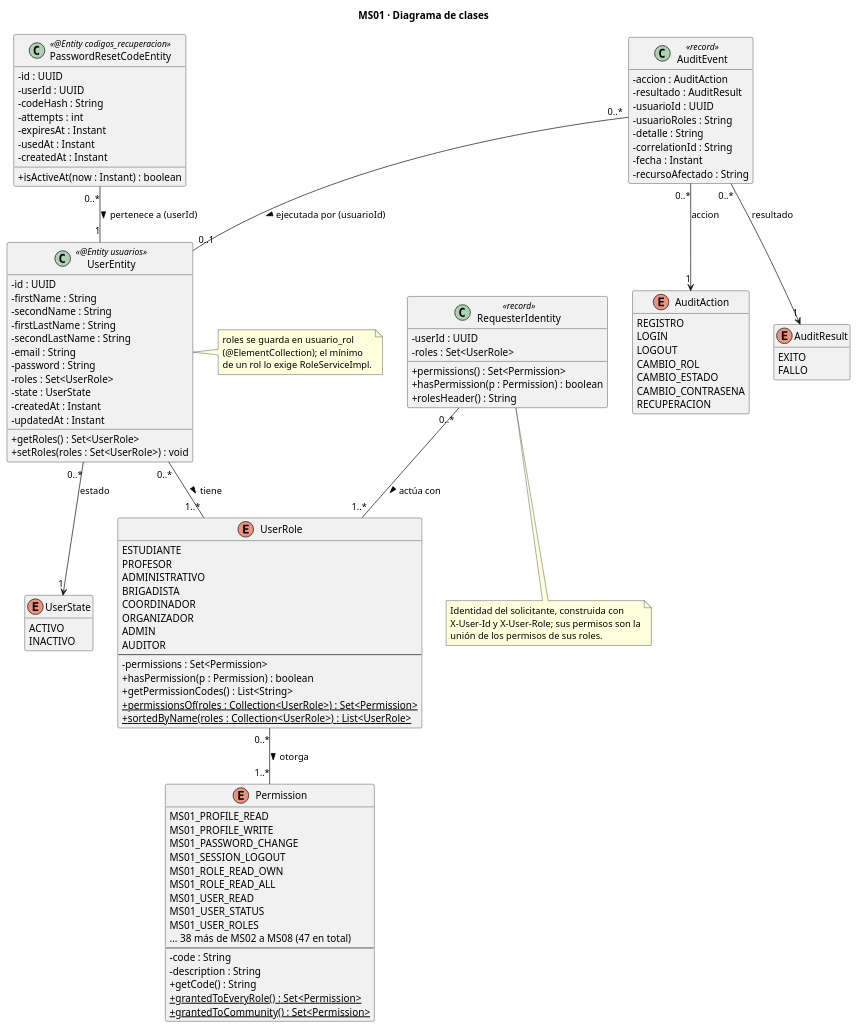
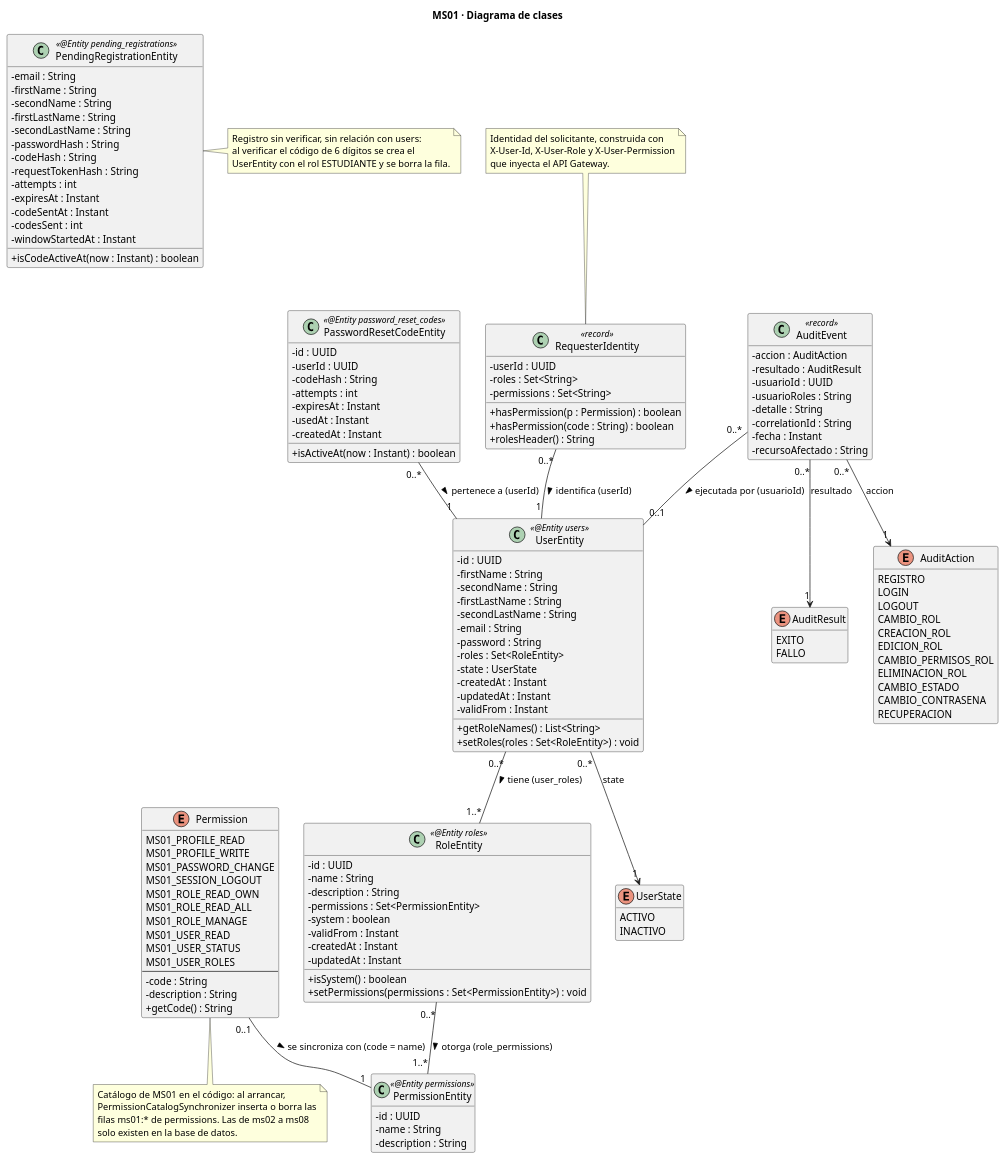
Before and after one commit to CampusSeguro-DOSW-2026-2/documentation: the diagram in ms01-identity-and-access/diagramas/ms01_clases.puml, drawn with PlantUML. The commit also changed 5 other files, not shown here.

Commit message:
docs(ms01): actualizar los diagramas al codigo actual (roles en BD, despliegue en AWS con RDS)

```diff
--- a/ms01-identity-and-access/diagramas/ms01_clases.puml
+++ b/ms01-identity-and-access/diagramas/ms01_clases.puml
@@ -1,130 +1,160 @@
 @startuml ms01_clases
-' UML · Clases: estructura estática del dominio de MS01 (identidad, roles, permisos, recuperación y auditoría).
-' Fuente: entity/*, security/RequesterIdentity, audit/AuditEvent, AuditAction, AuditResult. Sin DTOs, controladores ni utilidades.
+' UML · Clases: estructura estática del dominio de MS01 (usuarios, roles y permisos en BD, registro, recuperación y auditoría).
+' Fuente: ms01-identity-and-access (develop) entity/*, security/RequesterIdentity, audit/AuditEvent, AuditAction, AuditResult. Sin DTOs, controladores ni utilidades.
 skinparam classAttributeIconSize 0
 skinparam shadowing false
 hide empty members
 title MS01 · Diagrama de clases
 
-class UserEntity <<@Entity usuarios>> {
+class UserEntity <<@Entity users>> {
     - id : UUID
     - firstName : String
     - secondName : String
     - firstLastName : String
     - secondLastName : String
     - email : String
     - password : String
-    - roles : Set<UserRole>
+    - roles : Set<RoleEntity>
     - state : UserState
     - createdAt : Instant
     - updatedAt : Instant
-    + getRoles() : Set<UserRole>
-    + setRoles(roles : Set<UserRole>) : void
+    - validFrom : Instant
+    + getRoleNames() : List<String>
+    + setRoles(roles : Set<RoleEntity>) : void
 }
 
-class PasswordResetCodeEntity <<@Entity codigos_recuperacion>> {
+class RoleEntity <<@Entity roles>> {
+    - id : UUID
+    - name : String
+    - description : String
+    - permissions : Set<PermissionEntity>
+    - system : boolean
+    - validFrom : Instant
+    - createdAt : Instant
+    - updatedAt : Instant
+    + isSystem() : boolean
+    + setPermissions(permissions : Set<PermissionEntity>) : void
+}
+
+class PermissionEntity <<@Entity permissions>> {
+    - id : UUID
+    - name : String
+    - description : String
+}
+
+enum Permission {
+    MS01_PROFILE_READ
+    MS01_PROFILE_WRITE
+    MS01_PASSWORD_CHANGE
+    MS01_SESSION_LOGOUT
+    MS01_ROLE_READ_OWN
+    MS01_ROLE_READ_ALL
+    MS01_ROLE_MANAGE
+    MS01_USER_READ
+    MS01_USER_STATUS
+    MS01_USER_ROLES
+    --
+    - code : String
+    - description : String
+    + getCode() : String
+}
+
+enum UserState {
+    ACTIVO
+    INACTIVO
+}
+
+class PasswordResetCodeEntity <<@Entity password_reset_codes>> {
     - id : UUID
     - userId : UUID
     - codeHash : String
     - attempts : int
     - expiresAt : Instant
     - usedAt : Instant
     - createdAt : Instant
     + isActiveAt(now : Instant) : boolean
 }
 
-enum UserState {
-    ACTIVO
-    INACTIVO
-}
-
-enum UserRole {
-    ESTUDIANTE
-    PROFESOR
-    ADMINISTRATIVO
-    BRIGADISTA
-    COORDINADOR
-    ORGANIZADOR
-    ADMIN
-    AUDITOR
-    --
-    - permissions : Set<Permission>
-    + hasPermission(p : Permission) : boolean
-    + getPermissionCodes() : List<String>
-    + {static} permissionsOf(roles : Collection<UserRole>) : Set<Permission>
-    + {static} sortedByName(roles : Collection<UserRole>) : List<UserRole>
-}
-
-enum Permission {
-    MS01_PROFILE_READ
-    MS01_PROFILE_WRITE
-    MS01_PASSWORD_CHANGE
-    MS01_SESSION_LOGOUT
-    MS01_ROLE_READ_OWN
-    MS01_ROLE_READ_ALL
-    MS01_USER_READ
-    MS01_USER_STATUS
-    MS01_USER_ROLES
-    … 38 más de MS02 a MS08 (47 en total)
-    --
-    - code : String
-    - description : String
-    + getCode() : String
-    + {static} grantedToEveryRole() : Set<Permission>
-    + {static} grantedToCommunity() : Set<Permission>
+class PendingRegistrationEntity <<@Entity pending_registrations>> {
+    - email : String
+    - firstName : String
+    - secondName : String
+    - firstLastName : String
+    - secondLastName : String
+    - passwordHash : String
+    - codeHash : String
+    - requestTokenHash : String
+    - attempts : int
+    - expiresAt : Instant
+    - codeSentAt : Instant
+    - codesSent : int
+    - windowStartedAt : Instant
+    + isCodeActiveAt(now : Instant) : boolean
 }
 
 class RequesterIdentity <<record>> {
     - userId : UUID
-    - roles : Set<UserRole>
-    + permissions() : Set<Permission>
+    - roles : Set<String>
+    - permissions : Set<String>
     + hasPermission(p : Permission) : boolean
+    + hasPermission(code : String) : boolean
     + rolesHeader() : String
 }
 
 class AuditEvent <<record>> {
     - accion : AuditAction
     - resultado : AuditResult
     - usuarioId : UUID
     - usuarioRoles : String
     - detalle : String
     - correlationId : String
     - fecha : Instant
     - recursoAfectado : String
 }
 
 enum AuditAction {
     REGISTRO
     LOGIN
     LOGOUT
     CAMBIO_ROL
+    CREACION_ROL
+    EDICION_ROL
+    CAMBIO_PERMISOS_ROL
+    ELIMINACION_ROL
     CAMBIO_ESTADO
     CAMBIO_CONTRASENA
     RECUPERACION
 }
 
 enum AuditResult {
     EXITO
     FALLO
 }
 
-UserEntity "0..*" -- "1..*" UserRole : tiene >
-UserEntity "0..*" --> "1" UserState : estado
-UserRole "0..*" -- "1..*" Permission : otorga >
+UserEntity "0..*" -- "1..*" RoleEntity : tiene (user_roles) >
+RoleEntity "0..*" -- "1..*" PermissionEntity : otorga (role_permissions) >
+UserEntity "0..*" --> "1" UserState : state
 PasswordResetCodeEntity "0..*" -- "1" UserEntity : pertenece a (userId) >
-RequesterIdentity "0..*" -- "1..*" UserRole : actúa con >
+Permission "0..1" -- "1" PermissionEntity : se sincroniza con (code = name) >
+RequesterIdentity "0..*" -- "1" UserEntity : identifica (userId) >
 AuditEvent "0..*" -- "0..1" UserEntity : ejecutada por (usuarioId) >
 AuditEvent "0..*" --> "1" AuditAction : accion
 AuditEvent "0..*" --> "1" AuditResult : resultado
 
-note bottom of RequesterIdentity
+note right of PendingRegistrationEntity
+  Registro sin verificar, sin relación con users:
+  al verificar el código de 6 dígitos se crea el
+  UserEntity con el rol ESTUDIANTE y se borra la fila.
+end note
+note top of RequesterIdentity
   Identidad del solicitante, construida con
-  X-User-Id y X-User-Role; sus permisos son la
-  unión de los permisos de sus roles.
+  X-User-Id, X-User-Role y X-User-Permission
+  que inyecta el API Gateway.
 end note
-note right of UserEntity
-  roles se guarda en usuario_rol
-  (@ElementCollection); el mínimo
-  de un rol lo exige RoleServiceImpl.
+note bottom of Permission
+  Catálogo de MS01 en el código: al arrancar,
+  PermissionCatalogSynchronizer inserta o borra las
+  filas ms01:* de permissions. Las de ms02 a ms08
+  solo existen en la base de datos.
 end note
 @enduml
```
